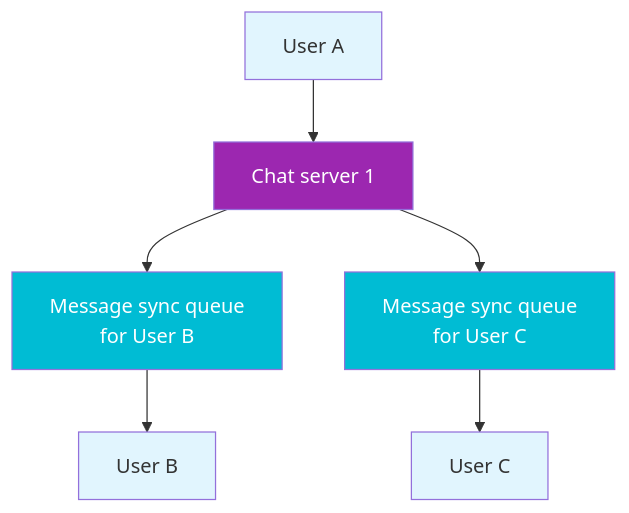
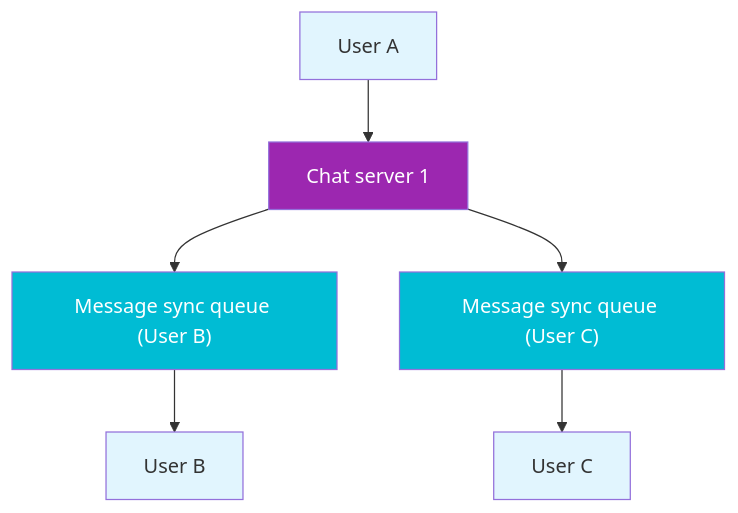
Before and after one commit to NalinDalal/system-design: diagram 12 of 18 in 1.ChatApp.md, drawn with Mermaid. The commit also changed other lines of this file, not shown here.

````diff
--- a/1.ChatApp.md
+++ b/1.ChatApp.md
@@ -329,15 +321,15 @@
 ```mermaid
 graph TD
     A[User A] --> B[Chat server 1]
-    B --> C[Message sync queue<br/>for User B]
-    B --> D[Message sync queue<br/>for User C]
+    B --> C["Message sync queue (User B)"]
+    B --> D["Message sync queue (User C)"]
     C --> E[User B]
     D --> F[User C]
 
     style A fill:#e1f5fe
     style B fill:#9c27b0,color:#fff
     style C fill:#00bcd4,color:#fff
     style D fill:#00bcd4,color:#fff
     style E fill:#e1f5fe
     style F fill:#e1f5fe
 ```
````
